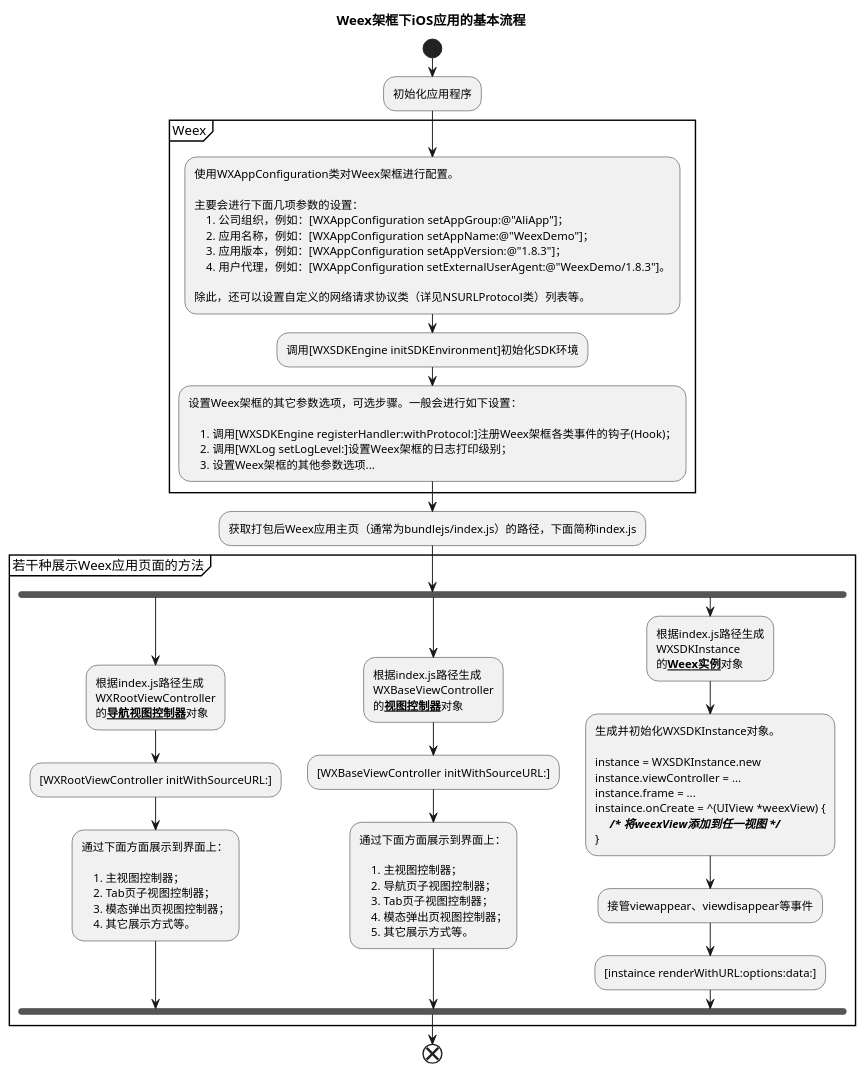
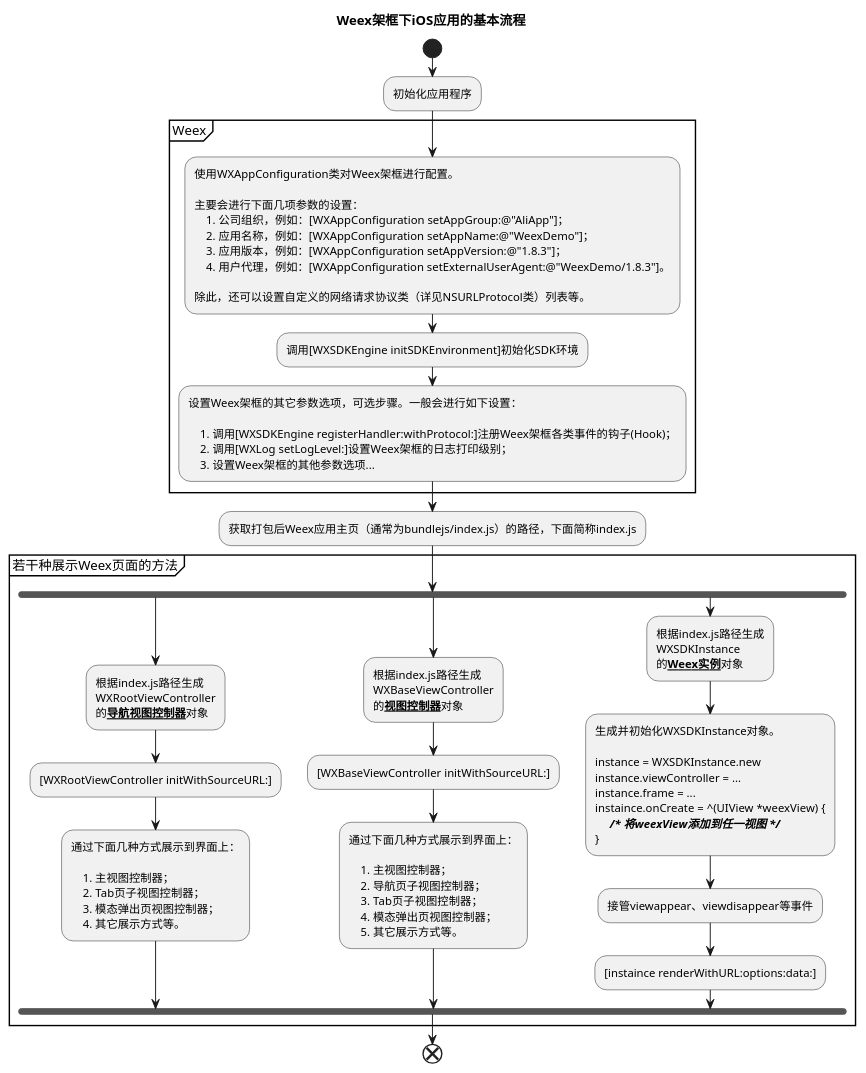
One commit to keqiongpan/weexdemo changed the diagram in docs/diagrams/weex_ios_activity.puml. Above: the diagram before and after it, drawn with PlantUML. The commit also changed 2 other files, not shown here.

```diff
--- a/docs/diagrams/weex_ios_activity.puml
+++ b/docs/diagrams/weex_ios_activity.puml
@@ -1,78 +1,78 @@
 @startuml
 title Weex架框下iOS应用的基本流程
 start
 
 :初始化应用程序;
 
 partition Weex {
     :使用WXAppConfiguration类对Weex架框进行配置。
 
     主要会进行下面几项参数的设置：
         1. 公司组织，例如：[WXAppConfiguration setAppGroup:@"AliApp"]；
         2. 应用名称，例如：[WXAppConfiguration setAppName:@"WeexDemo"]；
         3. 应用版本，例如：[WXAppConfiguration setAppVersion:@"1.8.3"]；
         4. 用户代理，例如：[WXAppConfiguration setExternalUserAgent:@"WeexDemo/1.8.3"]。
 
     除此，还可以设置自定义的网络请求协议类（详见NSURLProtocol类）列表等。;
 
     :调用[WXSDKEngine initSDKEnvironment]初始化SDK环境;
 
     :设置Weex架框的其它参数选项，可选步骤。一般会进行如下设置：
 
         1. 调用[WXSDKEngine registerHandler:withProtocol:]注册Weex架框各类事件的钩子(Hook)；
         2. 调用[WXLog setLogLevel:]设置Weex架框的日志打印级别；
         3. 设置Weex架框的其他参数选项...;
 }
 
 :获取打包后Weex应用主页（通常为bundlejs/index.js）的路径，下面简称index.js;
 
-partition 若干种展示Weex应用页面的方法 {
+partition 若干种展示Weex页面的方法 {
     fork
         :根据index.js路径生成
         WXRootViewController
         的__**导航视图控制器**__对象;
 
         :[WXRootViewController initWithSourceURL:];
 
-        :通过下面方面展示到界面上：
+        :通过下面几种方式展示到界面上：
 
             1. 主视图控制器；
             2. Tab页子视图控制器；
             3. 模态弹出页视图控制器；
             4. 其它展示方式等。;
     fork again
         :根据index.js路径生成
         WXBaseViewController
         的__**视图控制器**__对象;
 
         :[WXBaseViewController initWithSourceURL:];
 
-        :通过下面方面展示到界面上：
+        :通过下面几种方式展示到界面上：
 
             1. 主视图控制器；
             2. 导航页子视图控制器；
             3. Tab页子视图控制器；
             4. 模态弹出页视图控制器；
             5. 其它展示方式等。;
     fork again
         :根据index.js路径生成
         WXSDKInstance
         的__**Weex实例**__对象;
 
         :生成并初始化WXSDKInstance对象。
         
         instance = WXSDKInstance.new
         instance.viewController = ...
         instance.frame = ...
         instaince.onCreate = ^(UIView *weexView) {
             //** /* 将weexView添加到任一视图 */ **//
         };
 
         :接管viewappear、viewdisappear等事件;
 
         :[instaince renderWithURL:options:data:];
     end fork
 }
 
 end
 @end
```
